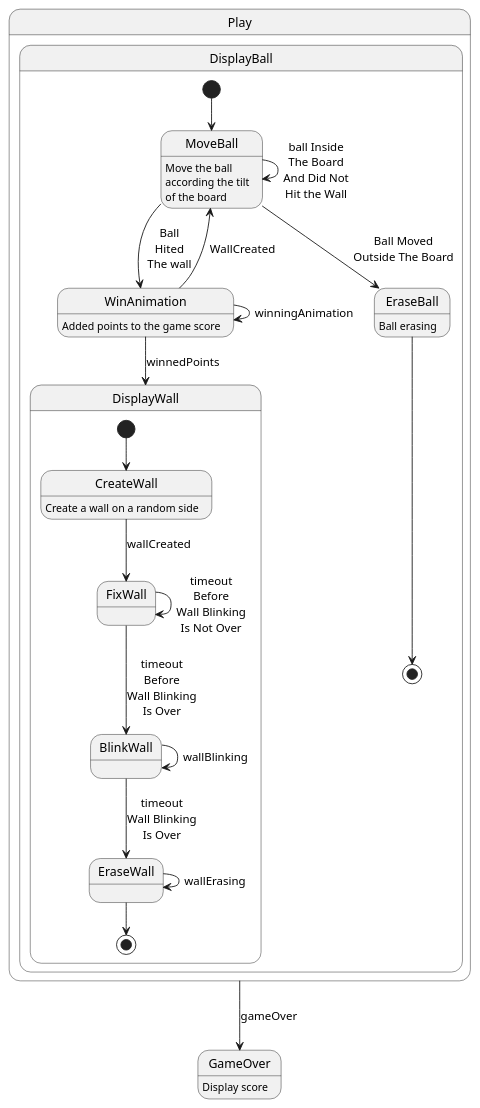
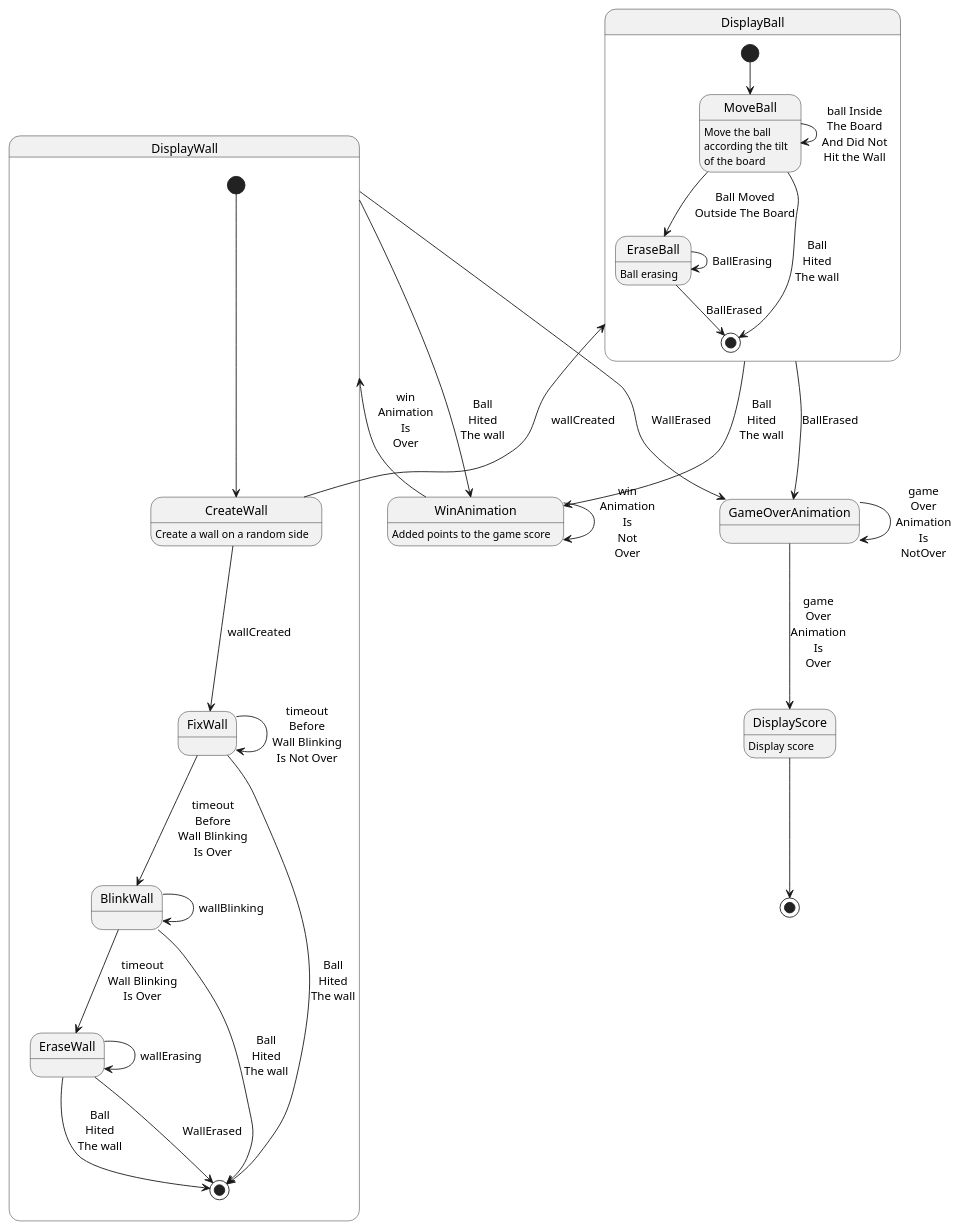
The diagram in Arduino-nano/LedsPong/LedsPong.puml (jebissey/GamesOfSkill), drawn with PlantUML before and after one commit. The commit also changed 4 other files, not shown here.

```diff
--- a/Arduino-nano/LedsPong/LedsPong.puml
+++ b/Arduino-nano/LedsPong/LedsPong.puml
@@ -1,40 +1,56 @@
 @startuml
 
-state Play {
 
-    state DisplayBall {
-        [*] --> MoveBall
-        MoveBall : Move the ball\naccording the tilt\nof the board
-        MoveBall --> MoveBall : ball Inside\nThe Board\nAnd Did Not\nHit the Wall
-        MoveBall --> WinAnimation : Ball\nHited\nThe wall
-        MoveBall --> EraseBall :  Ball Moved\nOutside The Board
 
-        WinAnimation : Added points to the game score
-        WinAnimation --> WinAnimation : winningAnimation
-        WinAnimation --> DisplayWall : winnedPoints
-        WinAnimation --> MoveBall : WallCreated
+state DisplayBall {
+    [*] --> MoveBall
 
-        EraseBall : Ball erasing
-        EraseBall --> [*]
-    }
+    MoveBall : Move the ball\naccording the tilt\nof the board
+    MoveBall --> MoveBall : ball Inside\nThe Board\nAnd Did Not\nHit the Wall
+    MoveBall --> EraseBall :  Ball Moved\nOutside The Board
+    MoveBall --> [*] : Ball\nHited\nThe wall
 
-    state DisplayWall {
-        [*] --> CreateWall
-        CreateWall : Create a wall on a random side
-        CreateWall --> FixWall : wallCreated
+    EraseBall : Ball erasing
+    EraseBall --> EraseBall : BallErasing
+    EraseBall --> [*] : BallErased
+}
+DisplayBall --> WinAnimation : Ball\nHited\nThe wall
+DisplayBall --> GameOverAnimation : BallErased
 
-        FixWall --> FixWall : timeout\nBefore\nWall Blinking\nIs Not Over
-        FixWall --> BlinkWall : timeout\nBefore\nWall Blinking\nIs Over
-        
-        BlinkWall --> BlinkWall : wallBlinking
-        BlinkWall --> EraseWall : timeout\nWall Blinking\nIs Over
+state DisplayWall {
+    [*] --> CreateWall
 
-        EraseWall --> EraseWall : wallErasing
-        EraseWall --> [*]
-    }
+    CreateWall : Create a wall on a random side
+    CreateWall --> FixWall : wallCreated
+    CreateWall --> DisplayBall : wallCreated
+
+    FixWall --> FixWall : timeout\nBefore\nWall Blinking\nIs Not Over
+    FixWall --> BlinkWall : timeout\nBefore\nWall Blinking\nIs Over
+    FixWall -->  [*] :  Ball\nHited\nThe wall
+    
+    BlinkWall --> BlinkWall : wallBlinking
+    BlinkWall --> EraseWall : timeout\nWall Blinking\nIs Over
+    BlinkWall -->  [*] :  Ball\nHited\nThe wall
+
+    EraseWall --> EraseWall : wallErasing
+    EraseWall --> [*] : WallErased
+    EraseWall -->  [*] :  Ball\nHited\nThe wall
 }
 
-Play --> GameOver : gameOver
-GameOver : Display score
+
+DisplayWall --> GameOverAnimation : WallErased
+DisplayWall --> WinAnimation : Ball\nHited\nThe wall
+
+WinAnimation : Added points to the game score
+WinAnimation --> WinAnimation : win\nAnimation\nIs\nNot\nOver
+WinAnimation --> DisplayWall : win\nAnimation\nIs\nOver
+
+GameOverAnimation --> GameOverAnimation : game\nOver\nAnimation\nIs\nNotOver
+GameOverAnimation --> DisplayScore : game\nOver\nAnimation\nIs\nOver
+DisplayScore : Display score
+DisplayScore --> [*]
+
+
+
 
 @enduml
```
